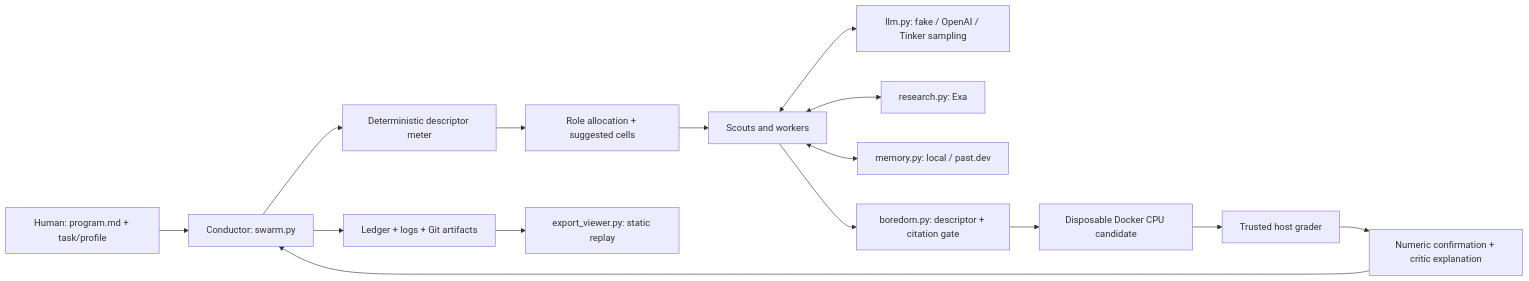
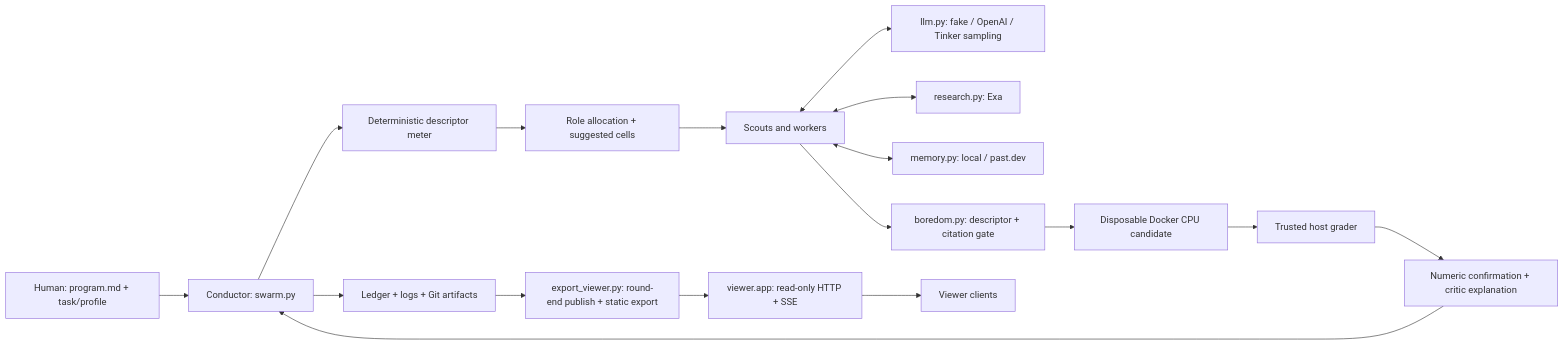
One commit to arii/caffeinated changed the first of 4 diagrams in README.md. Above: the diagram before and after it, drawn with Mermaid. The commit also changed other lines of this file and 1 other file, not shown here.

Commit message:
docs: document merged viewer publishing and read-only API

````diff
--- a/README.md
+++ b/README.md
@@ -37,17 +37,19 @@
 ```mermaid
 flowchart LR
   H[Human: program.md + task/profile] --> C[Conductor: swarm.py]
   C --> M[Deterministic descriptor meter]
   M --> R[Role allocation + suggested cells]
   R --> W[Scouts and workers]
   W <--> L[llm.py: fake / OpenAI / Tinker sampling]
   W <--> E[research.py: Exa]
   W <--> P[memory.py: local / past.dev]
   W --> G[boredom.py: descriptor + citation gate]
   G --> D[Disposable Docker CPU candidate]
   D --> T[Trusted host grader]
   T --> K[Numeric confirmation + critic explanation]
   K --> C
   C --> A[Ledger + logs + Git artifacts]
-  A --> V[export_viewer.py: static replay]
+  A --> V[export_viewer.py: round-end publish + static export]
+  V --> API[viewer.app: read-only HTTP + SSE]
+  API --> UI[Viewer clients]
 ```
````
